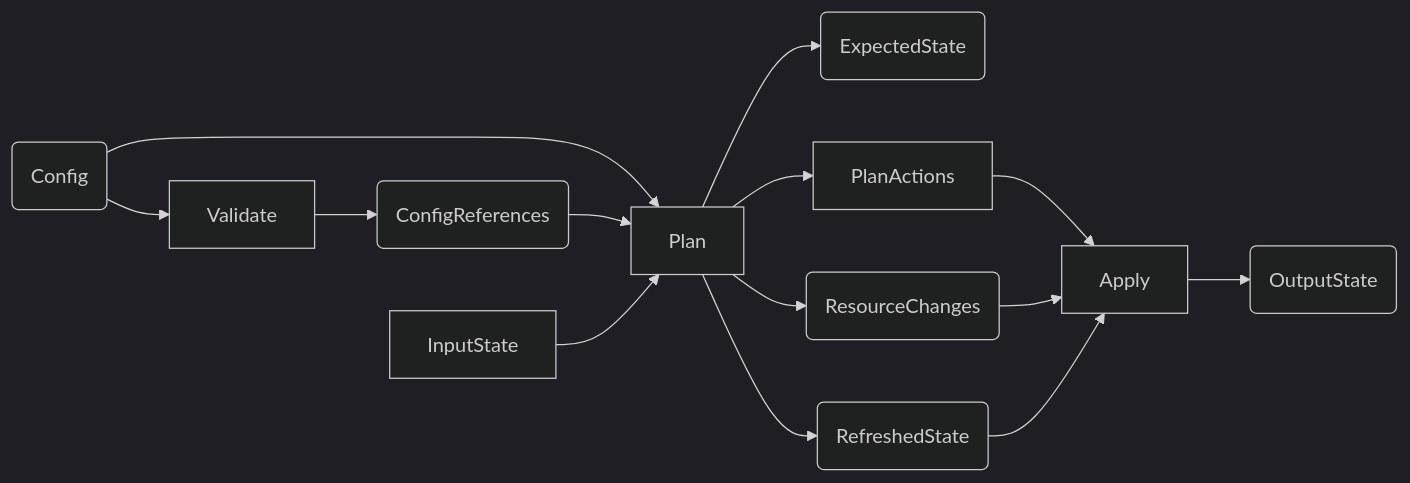
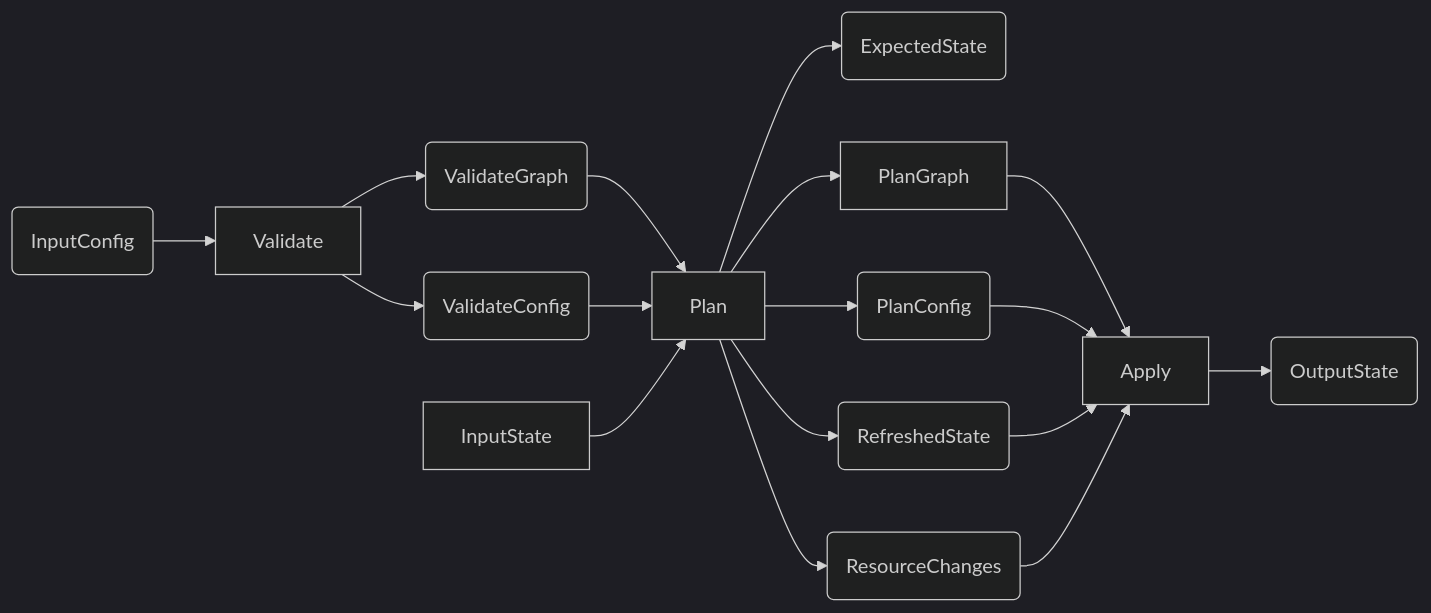
Before and after one commit to opentofu/opentofu: the second of 2 diagrams in rfc/20250728-execution-architecture.md, drawn with Mermaid (dark theme). The commit also changed other lines of this file, not shown here.

Commit message:
Improve execution graph diagrams

````diff
--- a/rfc/20250728-execution-architecture.md
+++ b/rfc/20250728-execution-architecture.md
@@ -150,20 +145,24 @@
 ```mermaid
 flowchart LR
-    Config("Config") --> Validate["Validate"]
-    Config --> Plan["Plan"]
+    Config("InputConfig") --> Validate["Validate"]
 
-    Validate --> ConfigReferences("ConfigReferences")
+    Validate --> ConfigReferences("ValidateGraph")
+    Validate --> ConfigValidate("ValidateConfig")
 
     ConfigReferences --> Plan
+    ConfigValidate --> Plan
     InputState["InputState"] --> Plan
 
     Plan --> ExpectedState("ExpectedState")
+    Plan --> RefreshedState("RefreshedState")
     Plan --> ChangesToResources("ResourceChanges")
-    Plan --> RefreshedState("RefreshedState") & PlanGraph["PlanActions"]
+    Plan --> ConfigPlan("PlanConfig")
+    Plan --> PlanGraph["PlanGraph"]
 
     PlanGraph --> Apply["Apply"]
+    ConfigPlan --> Apply
+    RefreshedState --> Apply
     ChangesToResources --> Apply
-    RefreshedState --> Apply
 
     Apply --> OutputState("OutputState")
 ```
````
